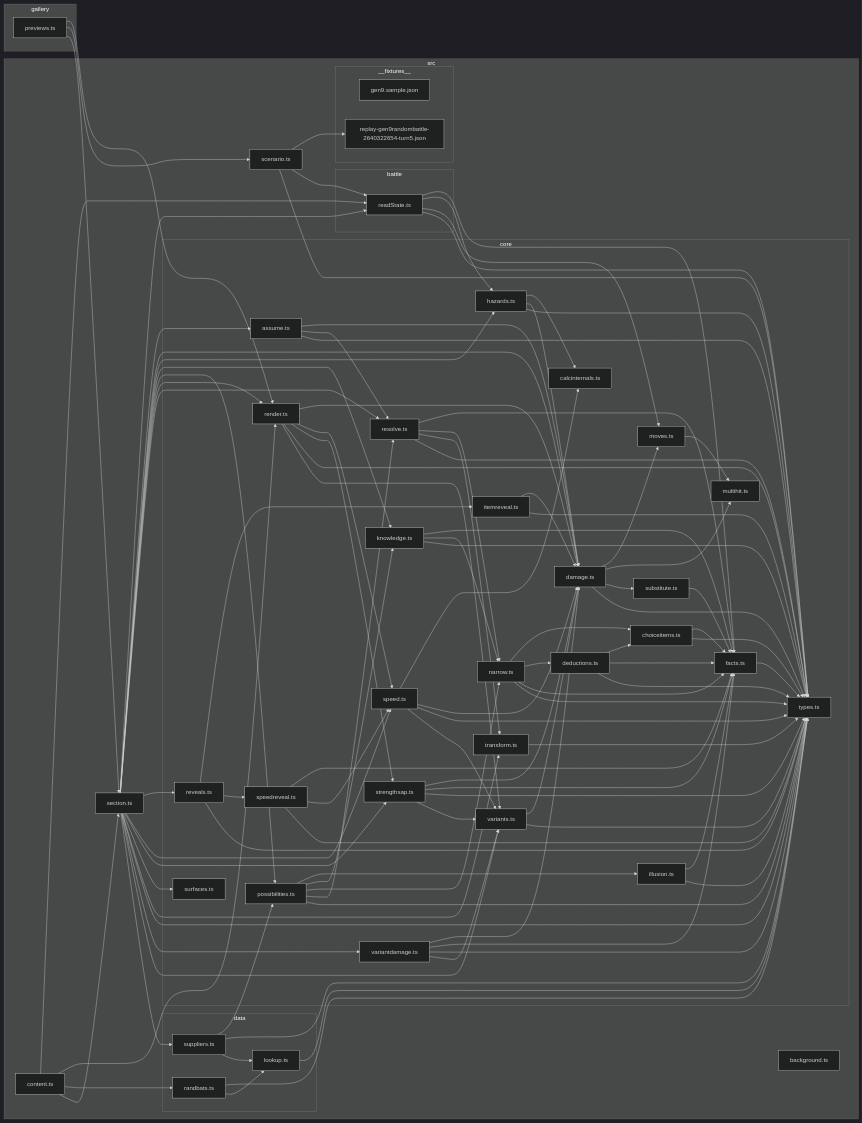
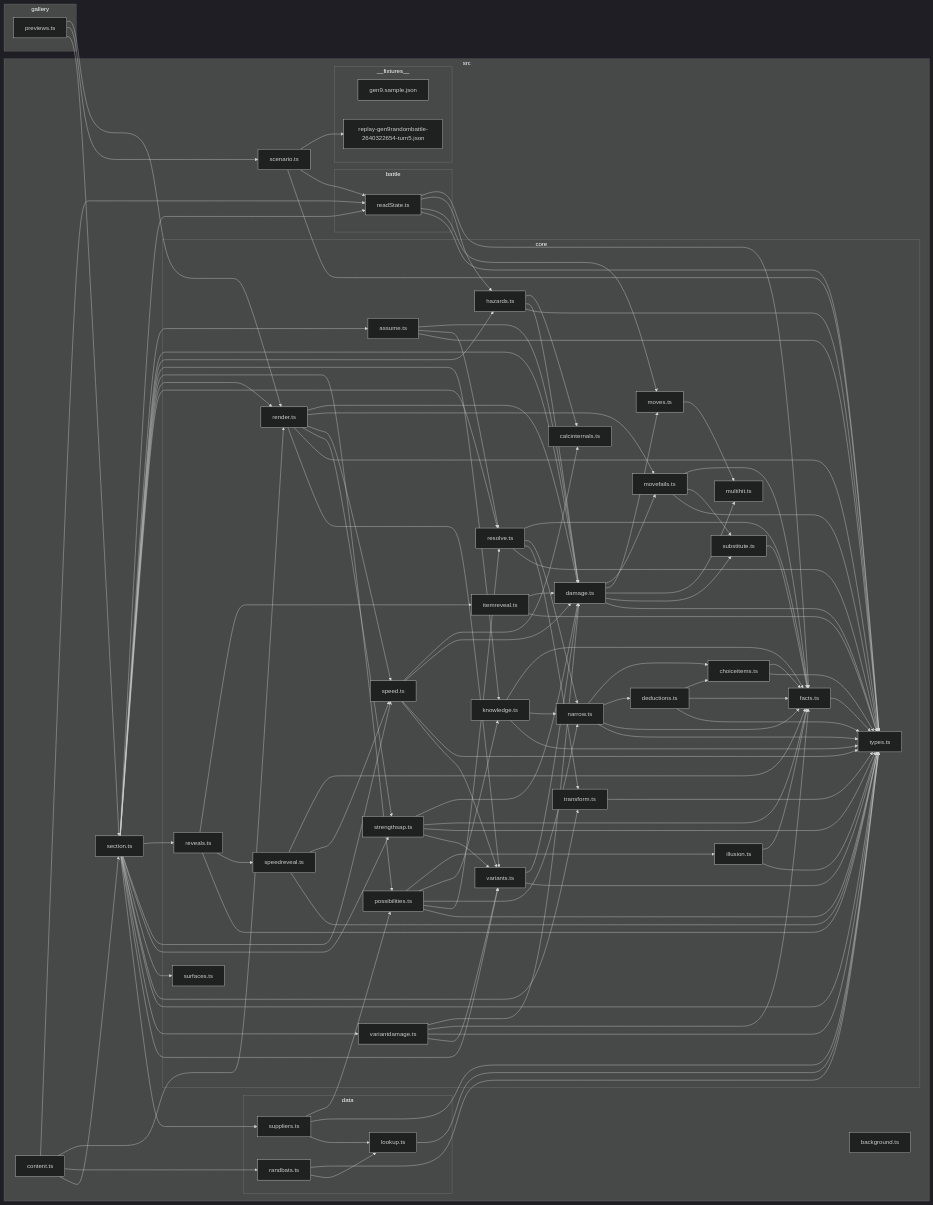
Before and after one commit to seanaujong/hi-chu: the diagram in docs/architecture-graph.md, drawn with Mermaid (dark theme). The commit also changed other lines of this file and 12 other files, not shown here.

````diff
--- a/docs/architecture-graph.md
+++ b/docs/architecture-graph.md
@@ -23,147 +23,153 @@
 subgraph 3["core"]
 4["render.ts"]
 5["damage.ts"]
-6["moves.ts"]
-7["multihit.ts"]
-8["substitute.ts"]
-9["facts.ts"]
-A["types.ts"]
-B["speed.ts"]
-C["calcinternals.ts"]
-D["variants.ts"]
-E["strengthsap.ts"]
-K["hazards.ts"]
-M["assume.ts"]
-N["resolve.ts"]
-O["narrow.ts"]
-P["choiceitems.ts"]
-Q["deductions.ts"]
-R["transform.ts"]
-S["knowledge.ts"]
-T["possibilities.ts"]
-U["illusion.ts"]
-V["reveals.ts"]
-W["itemreveal.ts"]
-X["speedreveal.ts"]
-Y["surfaces.ts"]
-Z["variantdamage.ts"]
+6["movefails.ts"]
+7["facts.ts"]
+8["types.ts"]
+9["substitute.ts"]
+A["moves.ts"]
+B["multihit.ts"]
+C["speed.ts"]
+D["calcinternals.ts"]
+E["variants.ts"]
+F["strengthsap.ts"]
+L["hazards.ts"]
+N["assume.ts"]
+O["resolve.ts"]
+P["narrow.ts"]
+Q["choiceitems.ts"]
+R["deductions.ts"]
+S["transform.ts"]
+T["knowledge.ts"]
+U["possibilities.ts"]
+V["illusion.ts"]
+W["reveals.ts"]
+X["itemreveal.ts"]
+Y["speedreveal.ts"]
+Z["surfaces.ts"]
+10["variantdamage.ts"]
 end
-F["scenario.ts"]
-subgraph G["__fixtures__"]
-H["replay-gen9randombattle-2640322654-turn5.json"]
-16["gen9.sample.json"]
+G["scenario.ts"]
+subgraph H["__fixtures__"]
+I["replay-gen9randombattle-2640322654-turn5.json"]
+17["gen9.sample.json"]
 end
-subgraph I["battle"]
-J["readState.ts"]
+subgraph J["battle"]
+K["readState.ts"]
 end
-L["section.ts"]
-subgraph 10["data"]
-11["suppliers.ts"]
-12["lookup.ts"]
-15["randbats.ts"]
+M["section.ts"]
+subgraph 11["data"]
+12["suppliers.ts"]
+13["lookup.ts"]
+16["randbats.ts"]
 end
-13["background.ts"]
-14["content.ts"]
+14["background.ts"]
+15["content.ts"]
 end
 1-->4
-1-->F
-1-->L
+1-->G
+1-->M
 4-->5
-4-->B
+4-->6
+4-->C
+4-->F
+4-->8
 4-->E
-4-->A
-4-->D
 5-->6
-5-->7
+5-->A
+5-->B
+5-->9
 5-->8
-5-->A
 6-->7
-8-->9
-9-->A
-B-->C
-B-->5
-B-->A
-B-->D
-D-->5
-D-->A
+6-->9
+6-->8
+7-->8
+9-->7
+A-->B
+C-->D
+C-->5
+C-->8
+C-->E
 E-->5
-E-->9
-E-->A
-E-->D
-F-->H
-F-->J
-F-->A
-J-->9
-J-->K
-J-->6
-J-->A
-K-->C
-K-->5
+E-->8
+F-->5
+F-->7
+F-->8
+F-->E
+G-->I
+G-->K
+G-->8
+K-->7
+K-->L
 K-->A
-L-->J
-L-->M
+K-->8
+L-->D
 L-->5
-L-->K
-L-->S
-L-->T
-L-->4
-L-->N
-L-->V
-L-->B
-L-->E
-L-->Y
-L-->R
-L-->A
-L-->Z
-L-->D
-L-->11
+L-->8
+M-->K
+M-->N
 M-->5
-M-->N
-M-->A
-N-->9
+M-->L
+M-->T
+M-->U
+M-->4
+M-->O
+M-->W
+M-->C
+M-->F
+M-->Z
+M-->S
+M-->8
+M-->10
+M-->E
+M-->12
+N-->5
 N-->O
-N-->R
-N-->A
+N-->8
+O-->7
 O-->P
-O-->Q
-O-->9
-O-->A
-P-->9
-P-->A
-Q-->P
-Q-->9
-Q-->A
-R-->A
-S-->9
-S-->O
-S-->A
-T-->U
-T-->S
-T-->O
-T-->N
-T-->A
-U-->9
-U-->A
-V-->W
-V-->X
-V-->A
-W-->5
-W-->A
-X-->9
-X-->B
-X-->A
-Z-->5
-Z-->9
-Z-->A
-Z-->D
-11-->T
-11-->A
-11-->12
-12-->A
-14-->J
-14-->4
-14-->15
-14-->L
-15-->A
-15-->12
+O-->S
+O-->8
+P-->Q
+P-->R
+P-->7
+P-->8
+Q-->7
+Q-->8
+R-->Q
+R-->7
+R-->8
+S-->8
+T-->7
+T-->P
+T-->8
+U-->V
+U-->T
+U-->P
+U-->O
+U-->8
+V-->7
+V-->8
+W-->X
+W-->Y
+W-->8
+X-->5
+X-->8
+Y-->7
+Y-->C
+Y-->8
+10-->5
+10-->7
+10-->8
+10-->E
+12-->U
+12-->8
+12-->13
+13-->8
+15-->K
+15-->4
+15-->16
+15-->M
+16-->8
+16-->13
 ```
````
